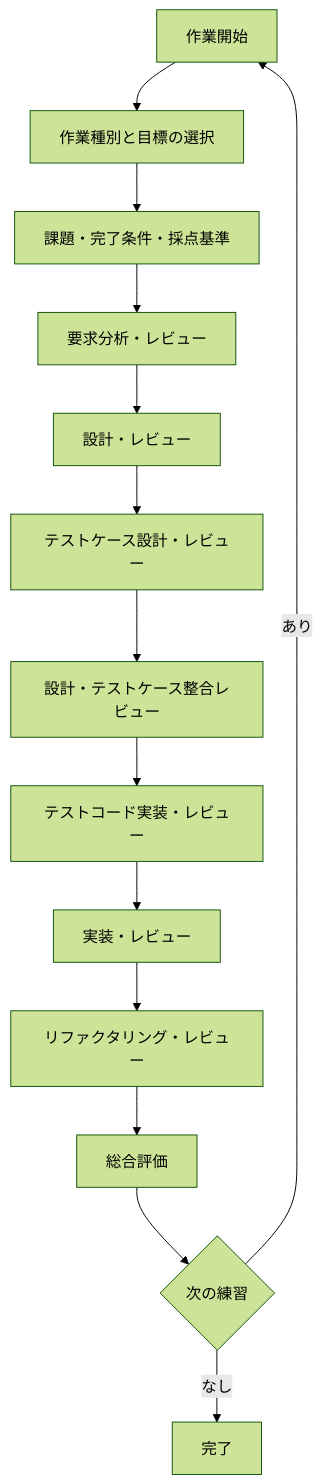
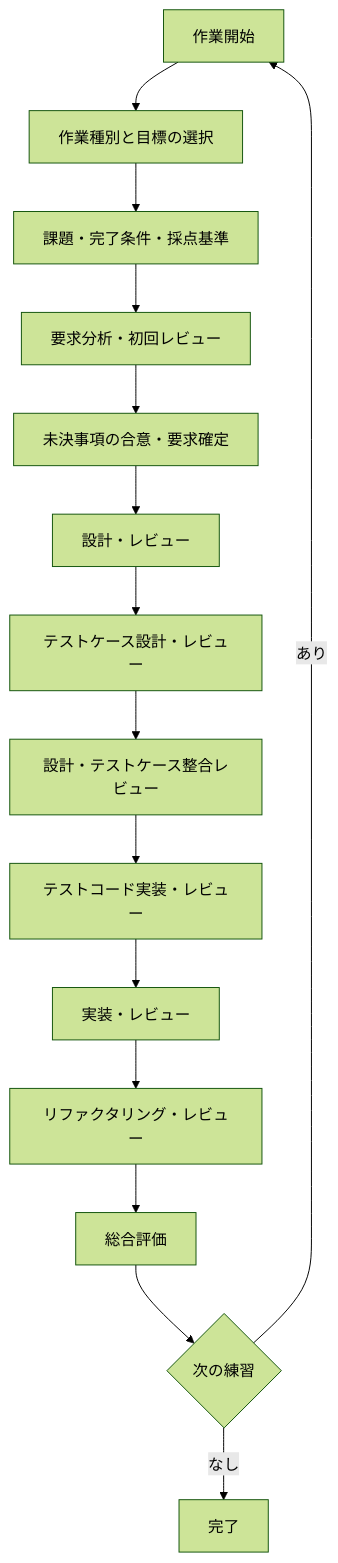
One commit to ajiponzu/practice-rust changed the diagram in .agents/guide/meta/project-flow.md. Above: the diagram before and after it, drawn with Mermaid (forest theme). The commit also changed other lines of this file and 4 other files, not shown here.

````diff
--- a/.agents/guide/meta/project-flow.md
+++ b/.agents/guide/meta/project-flow.md
@@ -5,16 +5,17 @@
 ```mermaid
 flowchart TD
     A[作業開始] --> B[作業種別と目標の選択]
     B --> C[課題・完了条件・採点基準]
-    C --> D[要求分析・レビュー]
-    D --> E[設計・レビュー]
+    C --> D[要求分析・初回レビュー]
+    D --> R[未決事項の合意・要求確定]
+    R --> E[設計・レビュー]
     E --> F[テストケース設計・レビュー]
     F --> G[設計・テストケース整合レビュー]
     G --> H[テストコード実装・レビュー]
     H --> I[実装・レビュー]
     I --> J[リファクタリング・レビュー]
     J --> K[総合評価]
     K --> L{次の練習}
     L -->|あり| A
     L -->|なし| M[完了]
 ```
````
